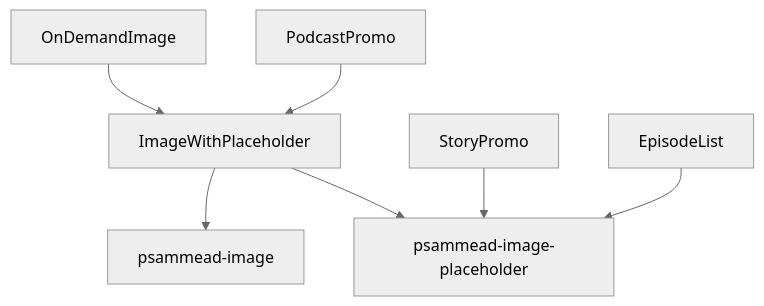
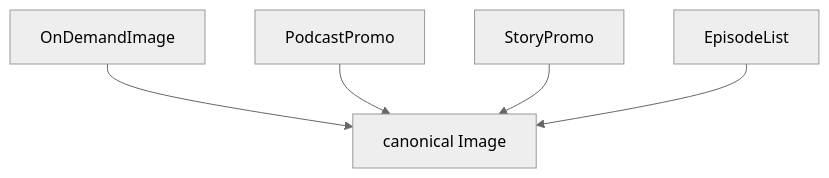
Before and after one commit to bbc/simorgh: the diagram in docs/Image-Rendering-Audit.md, drawn with Mermaid (neutral theme). The commit also changed other lines of this file and 31 other files, not shown here.

Commit message:
refactor(images): remove legacy Psammead image dependencies

````diff
--- a/docs/Image-Rendering-Audit.md
+++ b/docs/Image-Rendering-Audit.md
@@ -63,9 +63,7 @@
 ```mermaid
 flowchart TD
-    OnDemandImage --> ImageWithPlaceholder
-    PodcastPromo --> ImageWithPlaceholder
-    ImageWithPlaceholder --> PsammeadImage[psammead-image]
-    ImageWithPlaceholder --> PsammeadPlaceholder[psammead-image-placeholder]
-    StoryPromo --> PsammeadPlaceholder
-    EpisodeList --> PsammeadPlaceholder
+   OnDemandImage --> CanonicalImage[canonical Image]
+   PodcastPromo --> CanonicalImage
+   StoryPromo --> CanonicalImage
+   EpisodeList --> CanonicalImage
 ```
````
